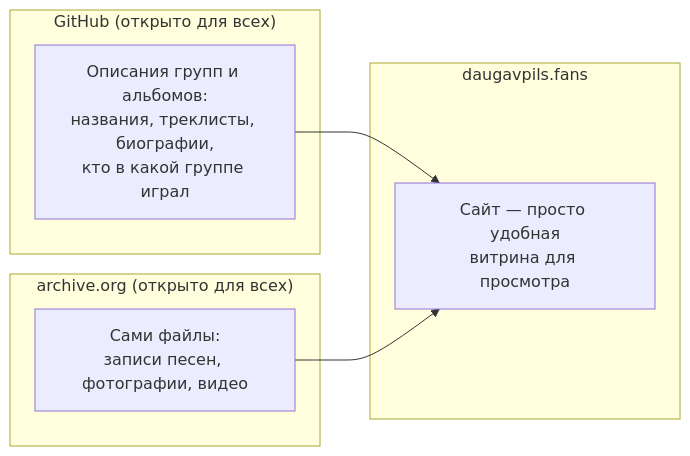
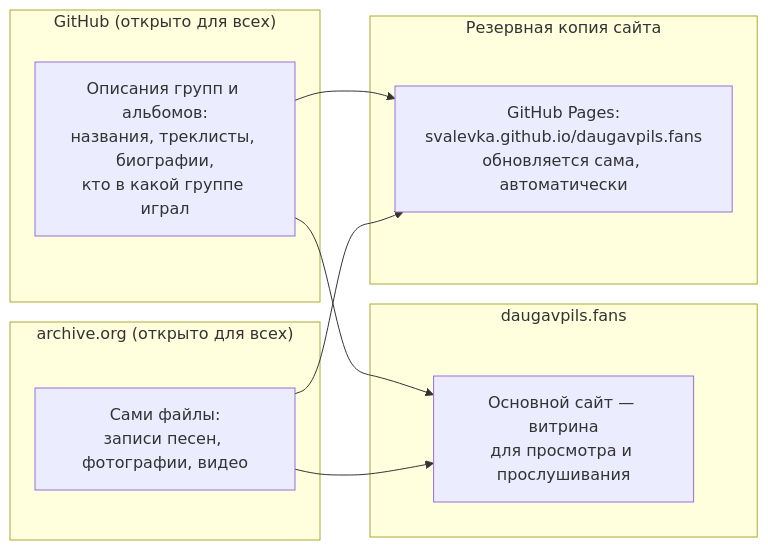
Before and after one commit to svalevka/daugavpils.fans: the diagram in MAINTENANCE.md, drawn with Mermaid. The commit also changed other lines of this file and 2 other files, not shown here.

````diff
--- a/MAINTENANCE.md
+++ b/MAINTENANCE.md
@@ -21,17 +21,23 @@
 ```mermaid
 flowchart LR
     subgraph github["GitHub (открыто для всех)"]
         M["Описания групп и альбомов:<br/>названия, треклисты, биографии,<br/>кто в какой группе играл"]
     end
 
     subgraph ia["archive.org (открыто для всех)"]
         A["Сами файлы:<br/>записи песен, фотографии, видео"]
     end
 
     subgraph site["daugavpils.fans"]
-        W["Сайт — просто удобная<br/>витрина для просмотра"]
+        W["Основной сайт — витрина<br/>для просмотра и прослушивания"]
+    end
+
+    subgraph pages["Резервная копия сайта"]
+        P["GitHub Pages:<br/>svalevka.github.io/daugavpils.fans<br/>обновляется сама, автоматически"]
     end
 
     M --> W
     A --> W
+    M --> P
+    A --> P
 ```
````
